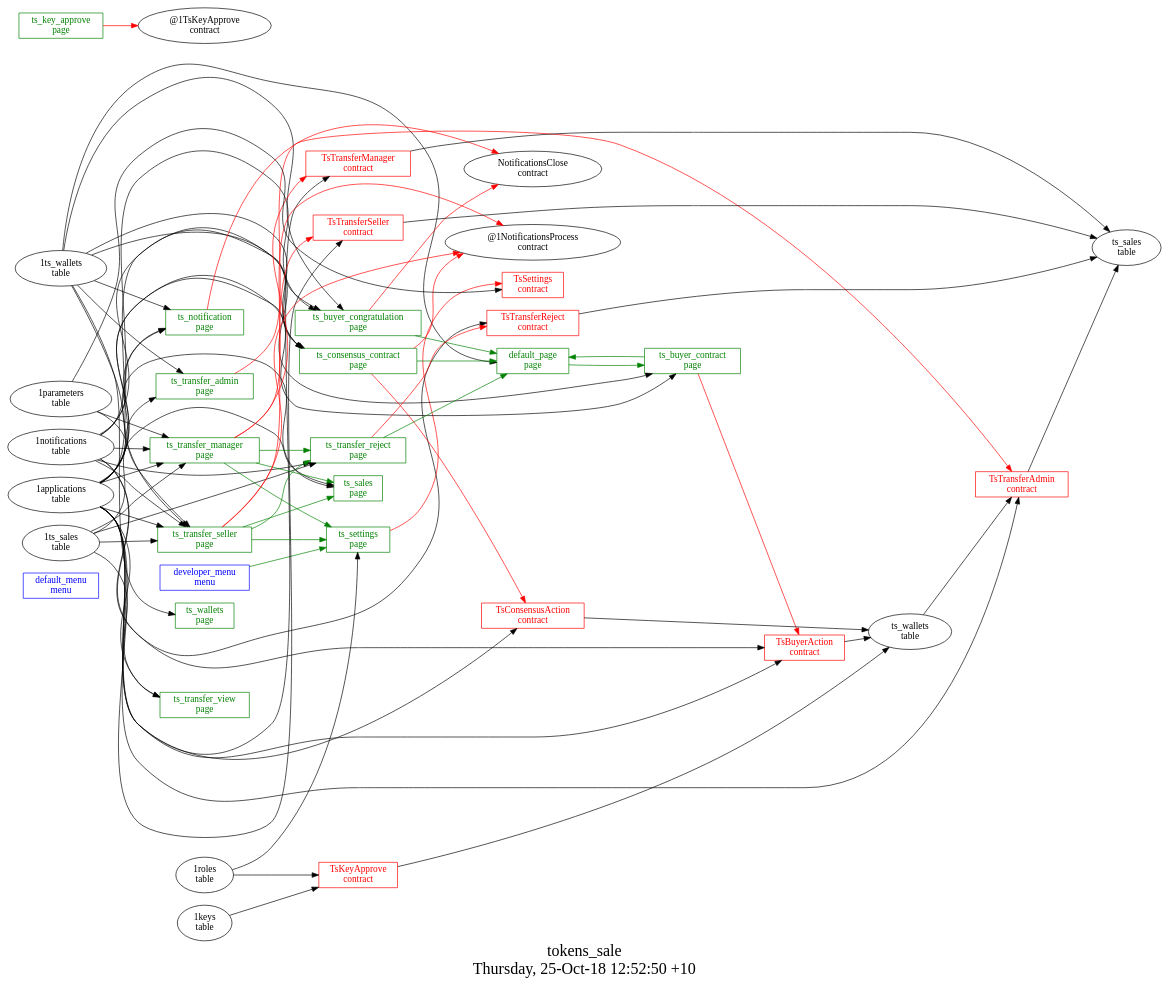
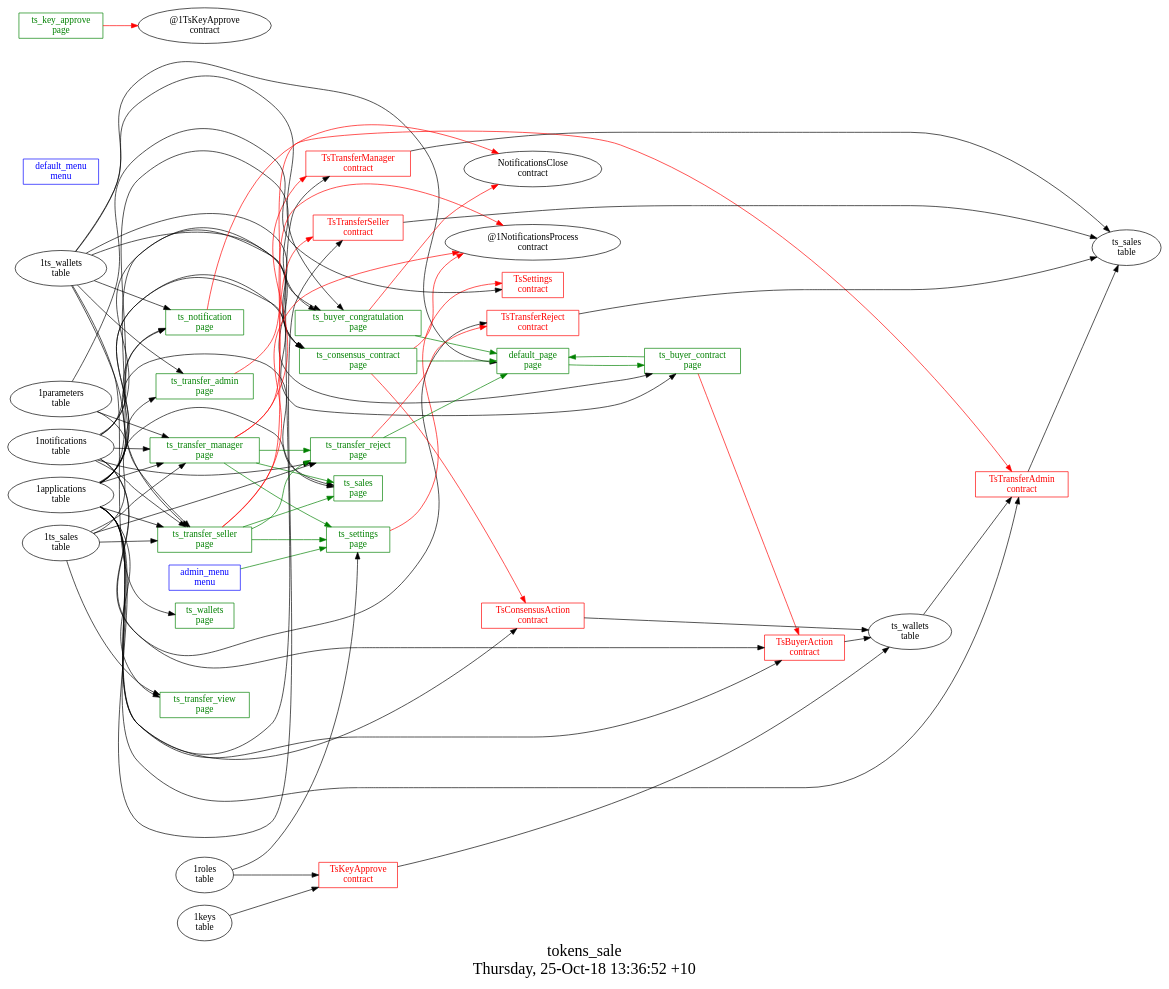
One commit to AplaProject/apps changed the diagram in other/tokens_sale/struct.dot. Above: the diagram before and after it, drawn with Graphviz. The commit also changed 19 other files, not shown here.

```diff
--- a/other/tokens_sale/struct.dot
+++ b/other/tokens_sale/struct.dot
@@ -1,108 +1,108 @@
 digraph G {
 fontsize="24";
-label="tokens_sale\nThursday, 25-Oct-18 12:52:50 +10";
+label="tokens_sale\nThursday, 25-Oct-18 13:36:52 +10";
 nojustify=true;
 ordering=out;
 rankdir=LR;
 size="30";
+"admin_menu\nmenu" -> "ts_settings\npage"  [ color=green ]
+"admin_menu\nmenu" [color=blue, fontcolor=blue, group=menus, shape=record];
 "default_menu\nmenu" [color=blue, fontcolor=blue, group=menus, shape=record];
-"developer_menu\nmenu" -> "ts_settings\npage"  [ color=green ]
-"developer_menu\nmenu" [color=blue, fontcolor=blue, group=menus, shape=record];
 "1ts_wallets\ntable" -> "default_page\npage"
 "default_page\npage" -> "ts_buyer_contract\npage"  [ color=green ]
 "default_page\npage" [color=green, fontcolor=green, group=pages, shape=record];
 "ts_buyer_congratulation\npage" -> "NotificationsClose\ncontract"  [ color=red ]
 "1applications\ntable" -> "ts_buyer_congratulation\npage"
 "1notifications\ntable" -> "ts_buyer_congratulation\npage"
 "1ts_wallets\ntable" -> "ts_buyer_congratulation\npage"
 "ts_buyer_congratulation\npage" -> "default_page\npage"  [ color=green ]
 "ts_buyer_congratulation\npage" [color=green, fontcolor=green, group=pages, shape=record];
 "ts_buyer_contract\npage" -> "TsBuyerAction\ncontract"  [ color=red ]
 "1applications\ntable" -> "ts_buyer_contract\npage"
 "1ts_wallets\ntable" -> "ts_buyer_contract\npage"
 "ts_buyer_contract\npage" -> "default_page\npage"  [ color=green ]
 "ts_buyer_contract\npage" [color=green, fontcolor=green, group=pages, shape=record];
 "ts_consensus_contract\npage" -> "TsConsensusAction\ncontract"  [ color=red ]
 "ts_consensus_contract\npage" -> "@1NotificationsProcess\ncontract"  [ color=red ]
 "1applications\ntable" -> "ts_consensus_contract\npage"
 "1notifications\ntable" -> "ts_consensus_contract\npage"
 "1ts_wallets\ntable" -> "ts_consensus_contract\npage"
 "ts_consensus_contract\npage" -> "default_page\npage"  [ color=green ]
 "ts_consensus_contract\npage" [color=green, fontcolor=green, group=pages, shape=record];
 "ts_key_approve\npage" -> "@1TsKeyApprove\ncontract"  [ color=red ]
 "ts_key_approve\npage" [color=green, fontcolor=green, group=pages, shape=record];
 "ts_notification\npage" -> "NotificationsClose\ncontract"  [ color=red ]
 "1applications\ntable" -> "ts_notification\npage"
 "1notifications\ntable" -> "ts_notification\npage"
 "1ts_wallets\ntable" -> "ts_notification\npage"
 "ts_notification\npage" [color=green, fontcolor=green, group=pages, shape=record];
 "1applications\ntable" -> "ts_sales\npage"
 "1ts_sales\ntable" -> "ts_sales\npage"
 "ts_sales\npage" [color=green, fontcolor=green, group=pages, shape=record];
 "ts_settings\npage" -> "TsSettings\ncontract"  [ color=red ]
 "1roles\ntable" -> "ts_settings\npage"
 "ts_settings\npage" [color=green, fontcolor=green, group=pages, shape=record];
 "ts_transfer_admin\npage" -> "TsTransferAdmin\ncontract"  [ color=red ]
 "1applications\ntable" -> "ts_transfer_admin\npage"
 "1ts_wallets\ntable" -> "ts_transfer_admin\npage"
 "ts_transfer_admin\npage" [color=green, fontcolor=green, group=pages, shape=record];
 "ts_transfer_manager\npage" -> "TsTransferManager\ncontract"  [ color=red ]
 "ts_transfer_manager\npage" -> "@1NotificationsProcess\ncontract"  [ color=red ]
 "1applications\ntable" -> "ts_transfer_manager\npage"
 "1notifications\ntable" -> "ts_transfer_manager\npage"
 "1ts_sales\ntable" -> "ts_transfer_manager\npage"
 "1parameters\ntable" -> "ts_transfer_manager\npage"
 "ts_transfer_manager\npage" -> "ts_transfer_reject\npage"  [ color=green ]
 "ts_transfer_manager\npage" -> "ts_sales\npage"  [ color=green ]
 "ts_transfer_manager\npage" -> "ts_settings\npage"  [ color=green ]
 "ts_transfer_manager\npage" [color=green, fontcolor=green, group=pages, shape=record];
 "ts_transfer_reject\npage" -> "TsTransferReject\ncontract"  [ color=red ]
 "1notifications\ntable" -> "ts_transfer_reject\npage"
 "1ts_sales\ntable" -> "ts_transfer_reject\npage"
 "ts_transfer_reject\npage" -> "default_page\npage"  [ color=green ]
 "ts_transfer_reject\npage" [color=green, fontcolor=green, group=pages, shape=record];
 "ts_transfer_seller\npage" -> "TsTransferSeller\ncontract"  [ color=red ]
 "ts_transfer_seller\npage" -> "@1NotificationsProcess\ncontract"  [ color=red ]
 "1applications\ntable" -> "ts_transfer_seller\npage"
 "1notifications\ntable" -> "ts_transfer_seller\npage"
 "1ts_sales\ntable" -> "ts_transfer_seller\npage"
 "1ts_wallets\ntable" -> "ts_transfer_seller\npage"
 "1parameters\ntable" -> "ts_transfer_seller\npage"
 "ts_transfer_seller\npage" -> "ts_transfer_reject\npage"  [ color=green ]
 "ts_transfer_seller\npage" -> "ts_sales\npage"  [ color=green ]
 "ts_transfer_seller\npage" -> "ts_settings\npage"  [ color=green ]
 "ts_transfer_seller\npage" [color=green, fontcolor=green, group=pages, shape=record];
 "1applications\ntable" -> "ts_transfer_view\npage"
 "1ts_sales\ntable" -> "ts_transfer_view\npage"
 "ts_transfer_view\npage" [color=green, fontcolor=green, group=pages, shape=record];
 "1ts_wallets\ntable" -> "ts_wallets\npage"
 "ts_wallets\npage" [color=green, fontcolor=green, group=pages, shape=record];
 "TsBuyerAction\ncontract" -> "ts_wallets\ntable"  [ color="" ]
 "1applications\ntable" -> "TsBuyerAction\ncontract"
 "1notifications\ntable" -> "TsBuyerAction\ncontract"
 "TsBuyerAction\ncontract" [color=red, fontcolor=red, group=contracts, shape=record];
 "TsConsensusAction\ncontract" -> "ts_wallets\ntable"  [ color="" ]
 "1applications\ntable" -> "TsConsensusAction\ncontract"
 "TsConsensusAction\ncontract" [color=red, fontcolor=red, group=contracts, shape=record];
 "TsKeyApprove\ncontract" -> "ts_wallets\ntable"  [ color="" ]
 "1keys\ntable" -> "TsKeyApprove\ncontract"
 "1roles\ntable" -> "TsKeyApprove\ncontract"
 "TsKeyApprove\ncontract" [color=red, fontcolor=red, group=contracts, shape=record];
 "1parameters\ntable" -> "TsSettings\ncontract"
 "TsSettings\ncontract" [color=red, fontcolor=red, group=contracts, shape=record];
 "TsTransferAdmin\ncontract" -> "ts_sales\ntable"  [ color="" ]
 "1applications\ntable" -> "TsTransferAdmin\ncontract"
 "ts_wallets\ntable" -> "TsTransferAdmin\ncontract"
 "TsTransferAdmin\ncontract" [color=red, fontcolor=red, group=contracts, shape=record];
 "TsTransferManager\ncontract" -> "ts_sales\ntable"  [ color="" ]
 "1applications\ntable" -> "TsTransferManager\ncontract"
 "TsTransferManager\ncontract" [color=red, fontcolor=red, group=contracts, shape=record];
 "TsTransferReject\ncontract" -> "ts_sales\ntable"  [ color="" ]
 "1notifications\ntable" -> "TsTransferReject\ncontract"
 "TsTransferReject\ncontract" [color=red, fontcolor=red, group=contracts, shape=record];
 "TsTransferSeller\ncontract" -> "ts_sales\ntable"  [ color="" ]
 "1applications\ntable" -> "TsTransferSeller\ncontract"
 "TsTransferSeller\ncontract" [color=red, fontcolor=red, group=contracts, shape=record];
 "ts_sales\ntable" [color="", fontcolor="", group=tables, shape=""];
 "ts_wallets\ntable" [color="", fontcolor="", group=tables, shape=""];
 }
```
